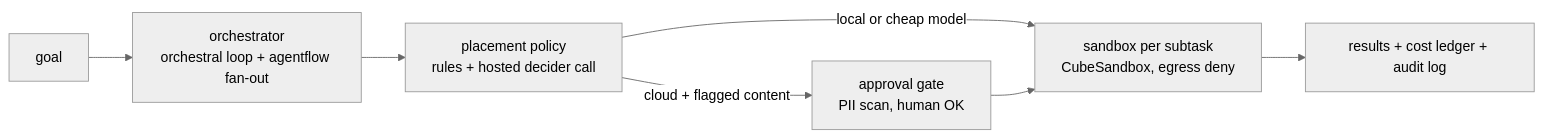
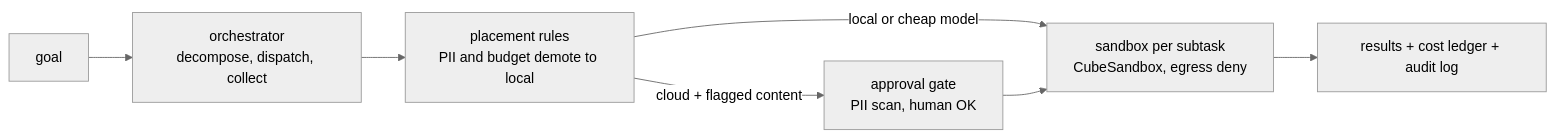
Before and after one commit to duketopceo/open-computer: the diagram in README.md, drawn with Mermaid (neutral theme). The commit also changed other lines of this file and 6 other files, not shown here.

First line of the commit message:
docs: OC-001 reconcile README/ROADMAP/ARCHITECTURE_MAP with code; one numbering; no premium default (#18)

````diff
--- a/README.md
+++ b/README.md
@@ -29,9 +32,9 @@
 ```mermaid
 flowchart LR
-  G[goal] --> O[orchestrator<br/>orchestral loop + agentflow fan-out]
-  O --> P[placement policy<br/>rules + hosted decider call]
+  G[goal] --> O[orchestrator<br/>decompose, dispatch, collect]
+  O --> P[placement rules<br/>PII and budget demote to local]
   P -->|local or cheap model| S[sandbox per subtask<br/>CubeSandbox, egress deny]
   P -->|cloud + flagged content| A[approval gate<br/>PII scan, human OK]
   A --> S
   S --> R[results + cost ledger + audit log]
 ```
````
